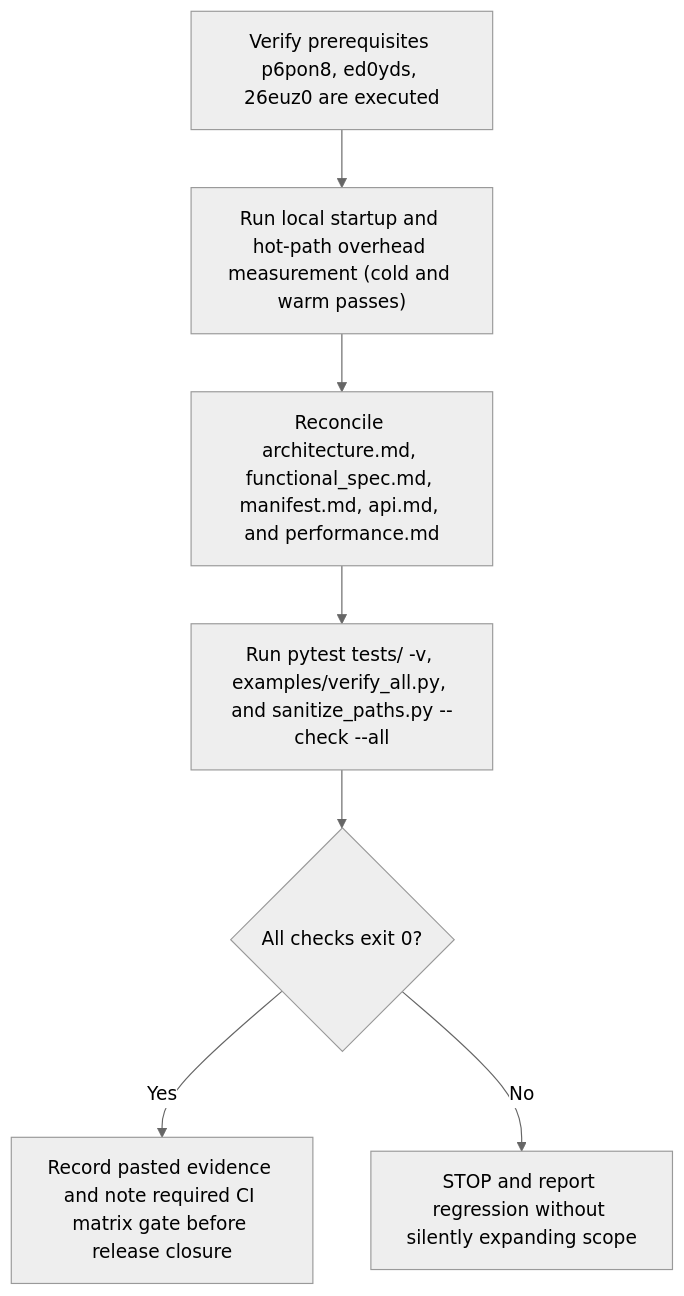
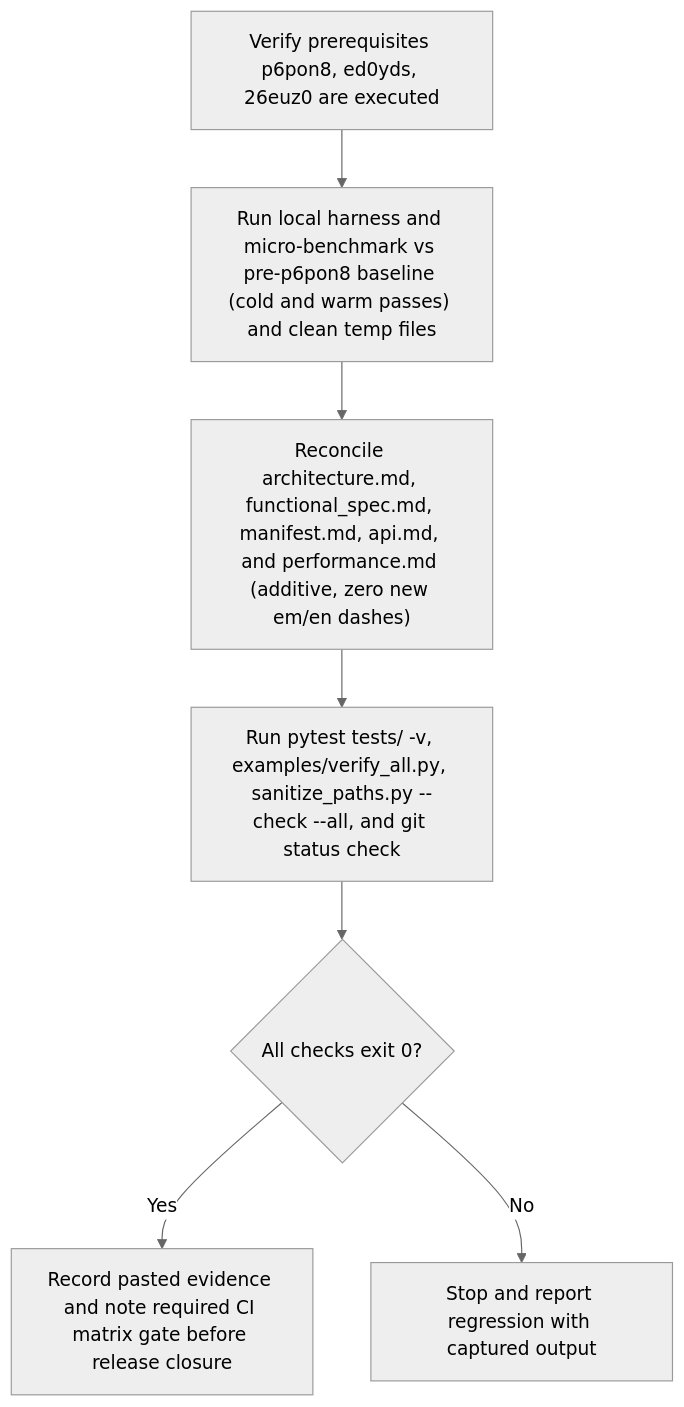
The first of 2 diagrams in .aw/records/plans/pending/20261121-cap-isolation-04-zp2yyu-isolation-overhead-measurement-documentation-reconciliation.ipd.md (fariello/pubrun), drawn with Mermaid (neutral theme) before and after one commit. The commit also changed other lines of this file and 1 other file, not shown here.

````diff
--- a/.aw/records/plans/pending/20261121-cap-isolation-04-zp2yyu-isolation-overhead-measurement-documentation-reconciliation.ipd.md
+++ b/.aw/records/plans/pending/20261121-cap-isolation-04-zp2yyu-isolation-overhead-measurement-documentation-reconciliation.ipd.md
@@ -36,9 +39,9 @@
 ```mermaid
 flowchart TD
-    A["Verify prerequisites p6pon8, ed0yds, 26euz0 are executed"] --> B["Run local startup and hot-path overhead measurement (cold and warm passes)"]
-    B --> C["Reconcile architecture.md, functional_spec.md, manifest.md, api.md, and performance.md"]
-    C --> D["Run pytest tests/ -v, examples/verify_all.py, and sanitize_paths.py --check --all"]
+    A["Verify prerequisites p6pon8, ed0yds, 26euz0 are executed"] --> B["Run local harness and micro-benchmark vs pre-p6pon8 baseline (cold and warm passes) and clean temp files"]
+    B --> C["Reconcile architecture.md, functional_spec.md, manifest.md, api.md, and performance.md (additive, zero new em/en dashes)"]
+    C --> D["Run pytest tests/ -v, examples/verify_all.py, sanitize_paths.py --check --all, and git status check"]
     D --> E{"All checks exit 0?"}
     E -->|Yes| F["Record pasted evidence and note required CI matrix gate before release closure"]
-    E -->|No| G["STOP and report regression without silently expanding scope"]
+    E -->|No| G["Stop and report regression with captured output"]
 ```
````
